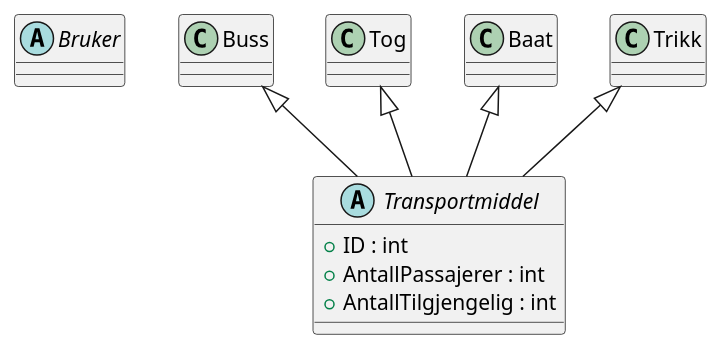
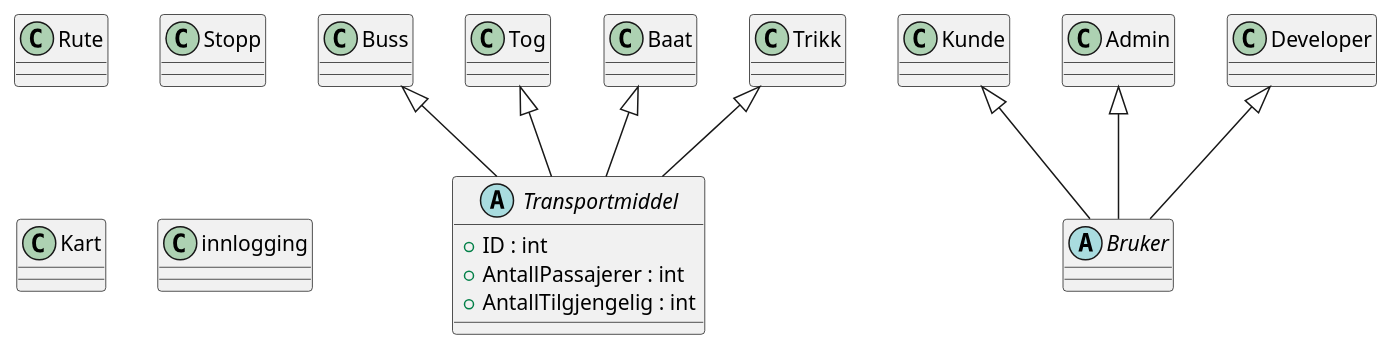
One commit to Gruppe12/Lambda changed the diagram in Modellering/src/Classes.puml. Above: the diagram before and after it, drawn with PlantUML.

Commit message:
added some more

```diff
--- a/Modellering/src/Classes.puml
+++ b/Modellering/src/Classes.puml
@@ -1,48 +1,75 @@
 @startuml
 'https://plantuml.com/class-diagram
 
-abstract class Bruker
 abstract class Transportmiddel {
     + ID : int
     + AntallPassajerer : int
     + AntallTilgjengelig : int
 }
 
 Buss <|-- Transportmiddel
 Tog <|-- Transportmiddel
 Baat <|-- Transportmiddel
 Trikk <|-- Transportmiddel
 
 class Buss {
 }
 class Tog {
 }
 class Baat {
 }
 class Trikk {
 }
 
+'--------------------------'
+abstract class Bruker {
+}
+
+Kunde <|-- Bruker
+Admin <|-- Bruker
+Developer <|-- Bruker
+
+class Kunde {
+}
+class Admin {
+}
+class Developer {
+}
+
+'--------------------------'
+
+class Rute {
+}
+class Stopp {
+}
+class Kart {
+}
+
+'--------------------------'
+
+class innlogging {
+}
 
 'Eksempler'
 /'interface List
 interface Collection
 
 List <|-- AbstractList
 Collection <|-- AbstractCollection
 
 Collection <|- List
 AbstractCollection <|- AbstractList
 AbstractList <|-- ArrayList
 
 class ArrayList {
 Object[] elementData
 size()
 }
 
 enum TimeUnit {
 DAYS
 HOURS
 MINUTES
 }'/
 
 @enduml
```
